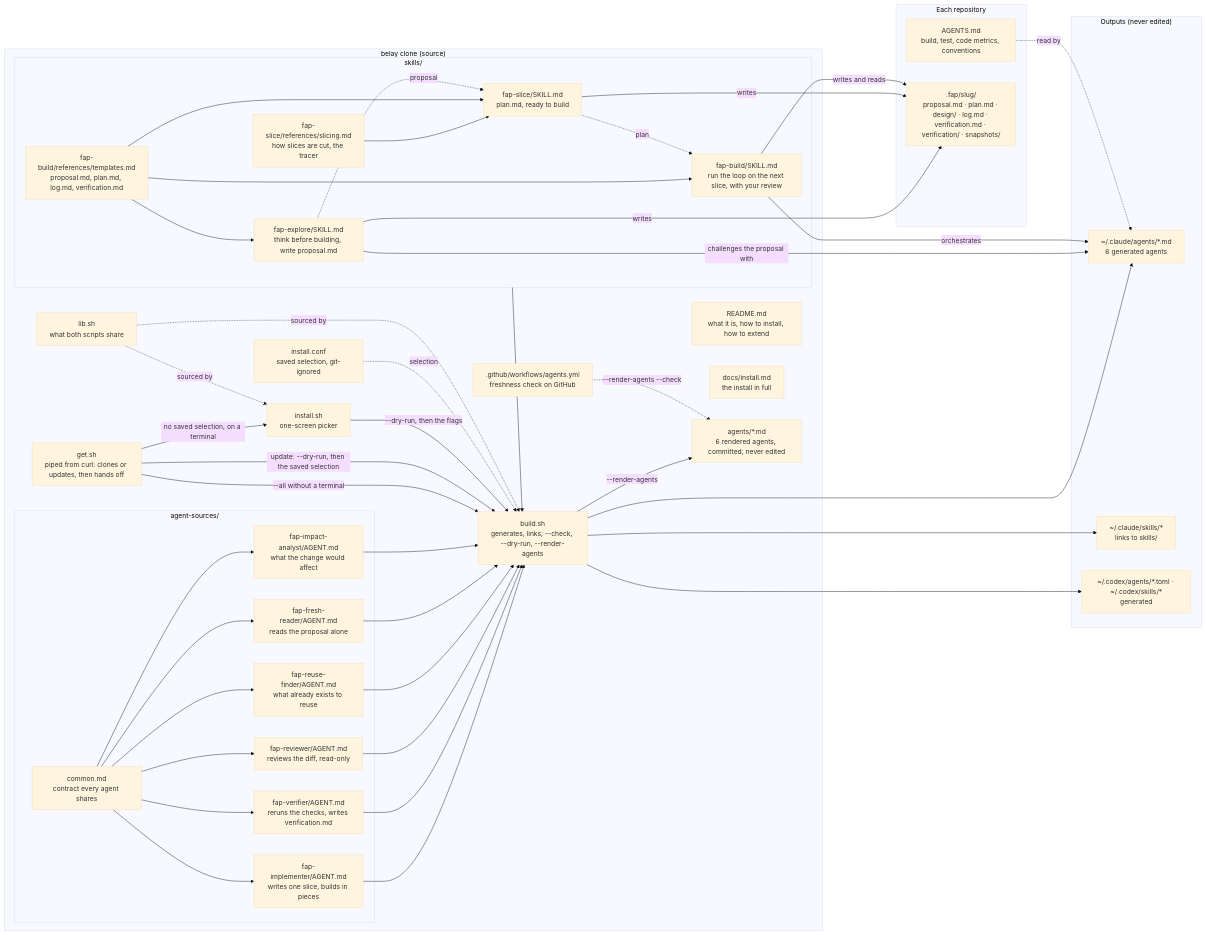
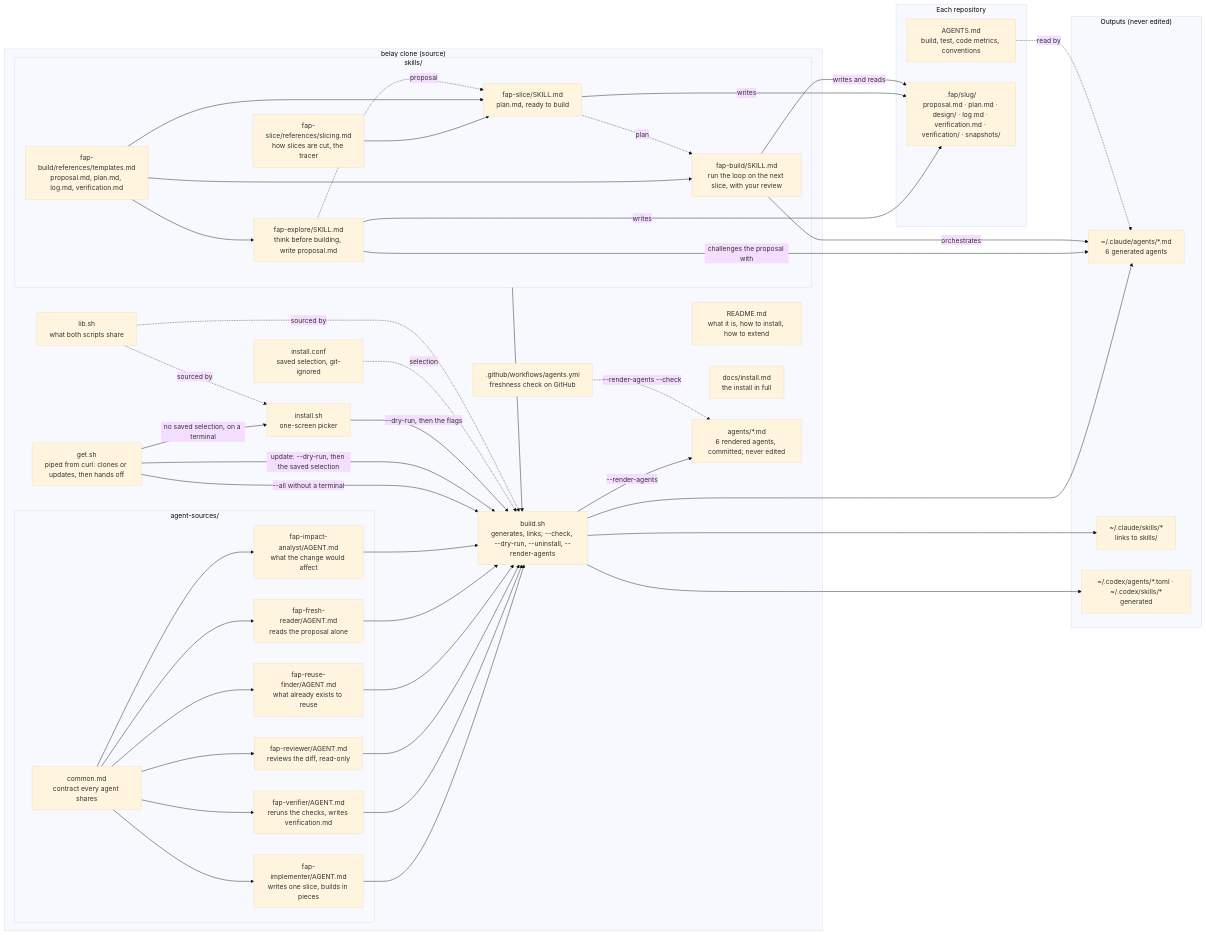
One commit to felipearpa/belay changed the first of 2 diagrams in docs/structure.md. Above: the diagram before and after it, drawn with Mermaid (base theme). The commit also changed other lines of this file and 5 other files, not shown here.

````diff
--- a/docs/structure.md
+++ b/docs/structure.md
@@ -5,64 +5,64 @@
 ```mermaid
 flowchart LR
   subgraph SRC["belay clone (source)"]
     README["README.md<br/>what it is, how to install, how to extend"]
     DOCI["docs/install.md<br/>the install in full"]
     GET["get.sh<br/>piped from curl: clones or updates, then hands off"]
     INSTALL["install.sh<br/>one-screen picker"]
-    BUILD["build.sh<br/>generates, links; --check, --dry-run, --render-agents"]
+    BUILD["build.sh<br/>generates, links; --check, --dry-run, --uninstall, --render-agents"]
     LIB["lib.sh<br/>what both scripts share"]
     CONF["install.conf<br/>saved selection, git-ignored"]
     COMMITTED["agents/*.md<br/>6 rendered agents, committed; never edited"]
     CI[".github/workflows/agents.yml<br/>freshness check on GitHub"]
     subgraph AG["agent-sources/"]
       COMMON["common.md<br/>contract every agent shares"]
       IMPL["fap-implementer/AGENT.md<br/>writes one slice, builds in pieces"]
       VER["fap-verifier/AGENT.md<br/>reruns the checks, writes verification.md"]
       REV["fap-reviewer/AGENT.md<br/>reviews the diff, read-only"]
       RF["fap-reuse-finder/AGENT.md<br/>what already exists to reuse"]
       FR["fap-fresh-reader/AGENT.md<br/>reads the proposal alone"]
       IA["fap-impact-analyst/AGENT.md<br/>what the change would affect"]
     end
     subgraph SK["skills/"]
       EXPL["fap-explore/SKILL.md<br/>think before building, write proposal.md"]
       PLAN["fap-slice/SKILL.md<br/>plan.md, ready to build"]
       FB["fap-build/SKILL.md<br/>run the loop on the next slice, with your review"]
       SLI["fap-slice/references/slicing.md<br/>how slices are cut, the tracer"]
       TPL["fap-build/references/templates.md<br/>proposal.md, plan.md, log.md, verification.md"]
     end
   end
 
   subgraph OUT["Outputs (never edited)"]
     CA["~/.claude/agents/*.md<br/>6 generated agents"]
     CS["~/.claude/skills/*<br/>links to skills/"]
     CX["~/.codex/agents/*.toml · ~/.codex/skills/*<br/>generated"]
   end
 
   subgraph REPO["Each repository"]
     AGENTS["AGENTS.md<br/>build, test, code metrics, conventions"]
     FAP[".fap/slug/<br/>proposal.md · plan.md · design/ · log.md · verification.md · verification/ · snapshots/"]
   end
 
   COMMON --> IMPL & VER & REV & RF & FR & IA
   IMPL & VER & REV & RF & FR & IA --> BUILD --> CA
   BUILD -- "--render-agents" --> COMMITTED
   CI -. "--render-agents --check" .-> COMMITTED
   SK --> BUILD --> CS
   BUILD --> CX
   GET -- "no saved selection, on a terminal" --> INSTALL
   GET -- "--all without a terminal" --> BUILD
   GET -- "update: --dry-run, then the saved selection" --> BUILD
   INSTALL -- "--dry-run, then the flags" --> BUILD
   CONF -. "selection" .-> BUILD
   LIB -. "sourced by" .-> INSTALL & BUILD
   SLI & TPL --> PLAN
   TPL --> FB & EXPL
   PLAN -. "plan" .-> FB
   EXPL -. "proposal" .-> PLAN
   EXPL -- "writes" --> FAP
   EXPL -- "challenges the proposal with" --> CA
   PLAN -- "writes" --> FAP
   FB -- "writes and reads" --> FAP
   FB -- "orchestrates" --> CA
   AGENTS -. "read by" .-> CA
 ```
````
